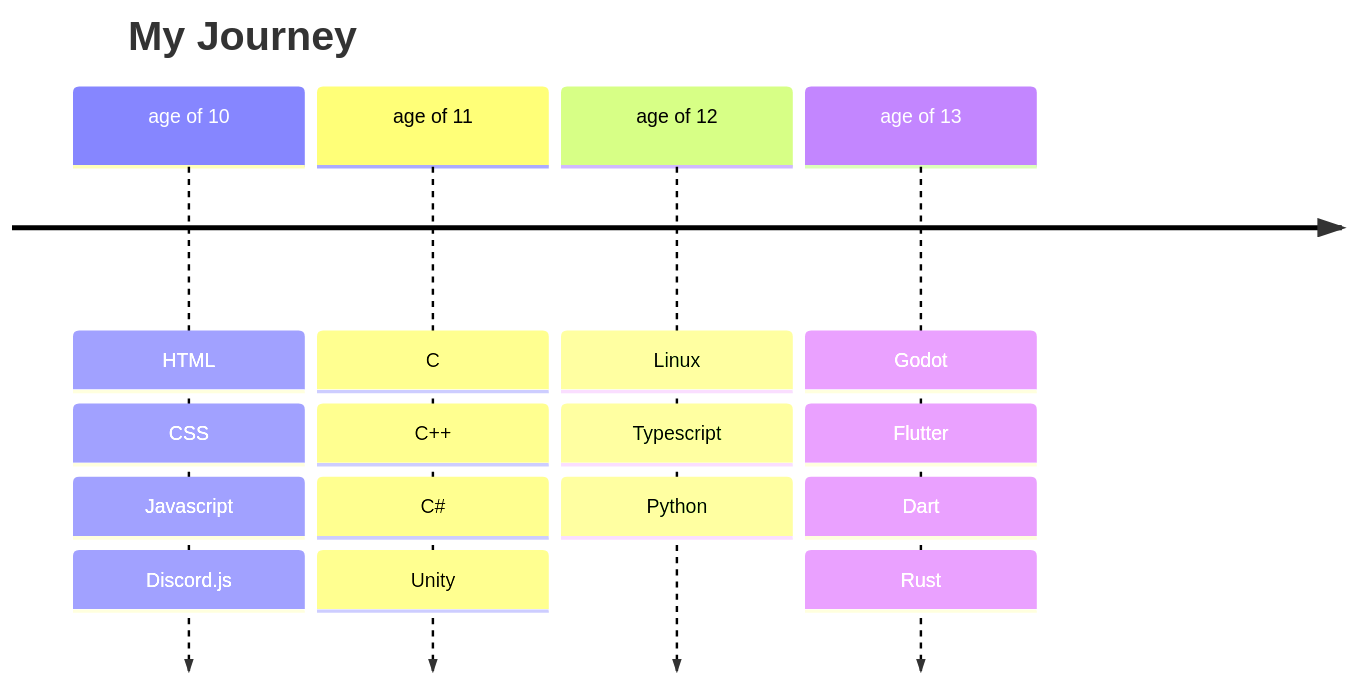
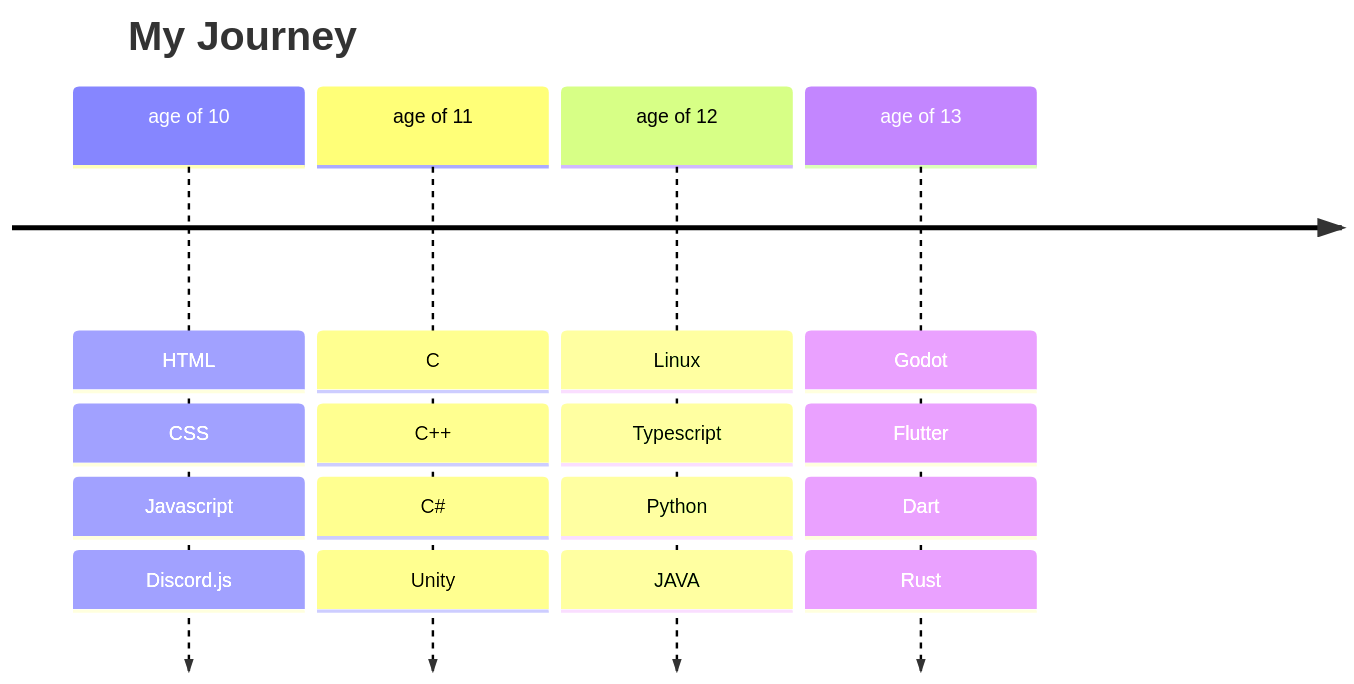
One commit to saicooo/saicooo changed the diagram in README.md. Above: the diagram before and after it, drawn with Mermaid.

````diff
--- a/README.md
+++ b/README.md
@@ -29,23 +29,24 @@
 ```mermaid
 timeline
 title My Journey
 age of 10
 	: HTML
 	: CSS
 	: Javascript
 	: Discord.js
 age of 11
 	: C
 	: C++
 	: C#
 	: Unity
 age of 12
 	: Linux
 	: Typescript
 	: Python
+	: JAVA      
 age of 13
 	: Godot
 	: Flutter
 	: Dart
 	: Rust
 ```
````
